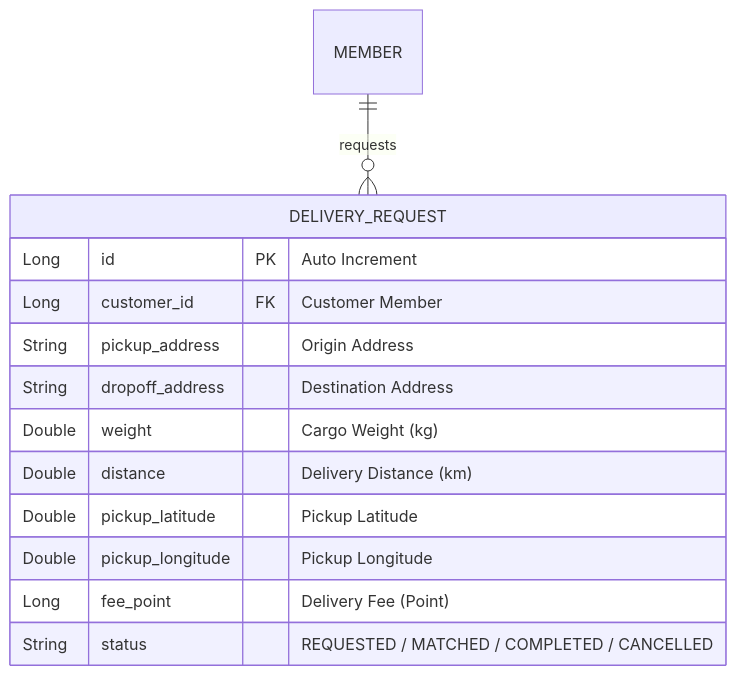
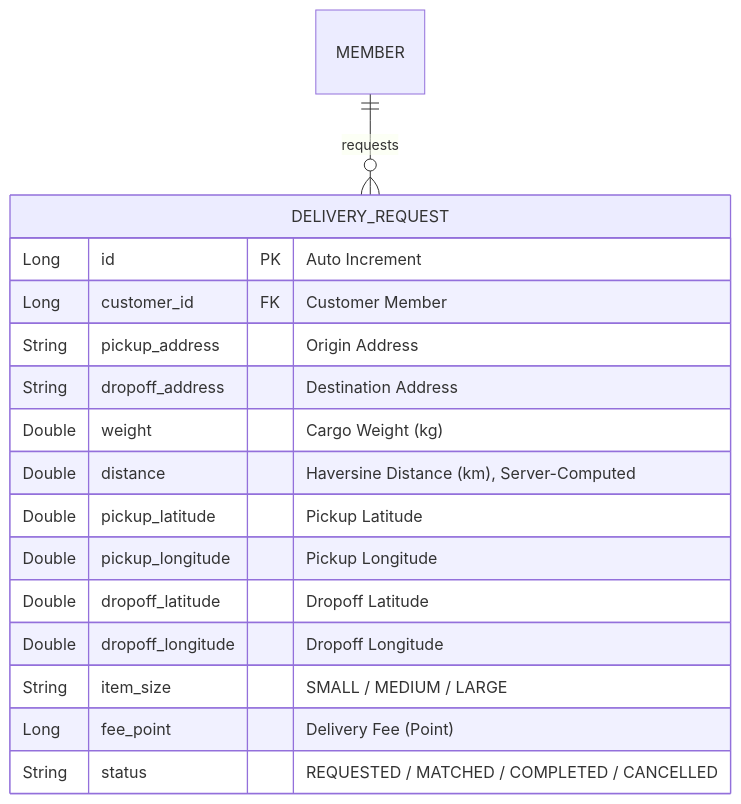
The diagram in docs/design/delivery-request-design.md (ShinhanDSProject/shinhan-delivery), drawn with Mermaid before and after one commit. The commit also changed other lines of this file, not shown here.

````diff
--- a/docs/design/delivery-request-design.md
+++ b/docs/design/delivery-request-design.md
@@ -20,16 +20,19 @@
 ```mermaid
 erDiagram
     MEMBER ||--o{ DELIVERY_REQUEST : "requests"
     DELIVERY_REQUEST {
         Long id PK "Auto Increment"
         Long customer_id FK "Customer Member"
         String pickup_address "Origin Address"
         String dropoff_address "Destination Address"
         Double weight "Cargo Weight (kg)"
-        Double distance "Delivery Distance (km)"
+        Double distance "Haversine Distance (km), Server-Computed"
         Double pickup_latitude "Pickup Latitude"
         Double pickup_longitude "Pickup Longitude"
+        Double dropoff_latitude "Dropoff Latitude"
+        Double dropoff_longitude "Dropoff Longitude"
+        String item_size "SMALL / MEDIUM / LARGE"
         Long fee_point "Delivery Fee (Point)"
         String status "REQUESTED / MATCHED / COMPLETED / CANCELLED"
     }
 ```
````
